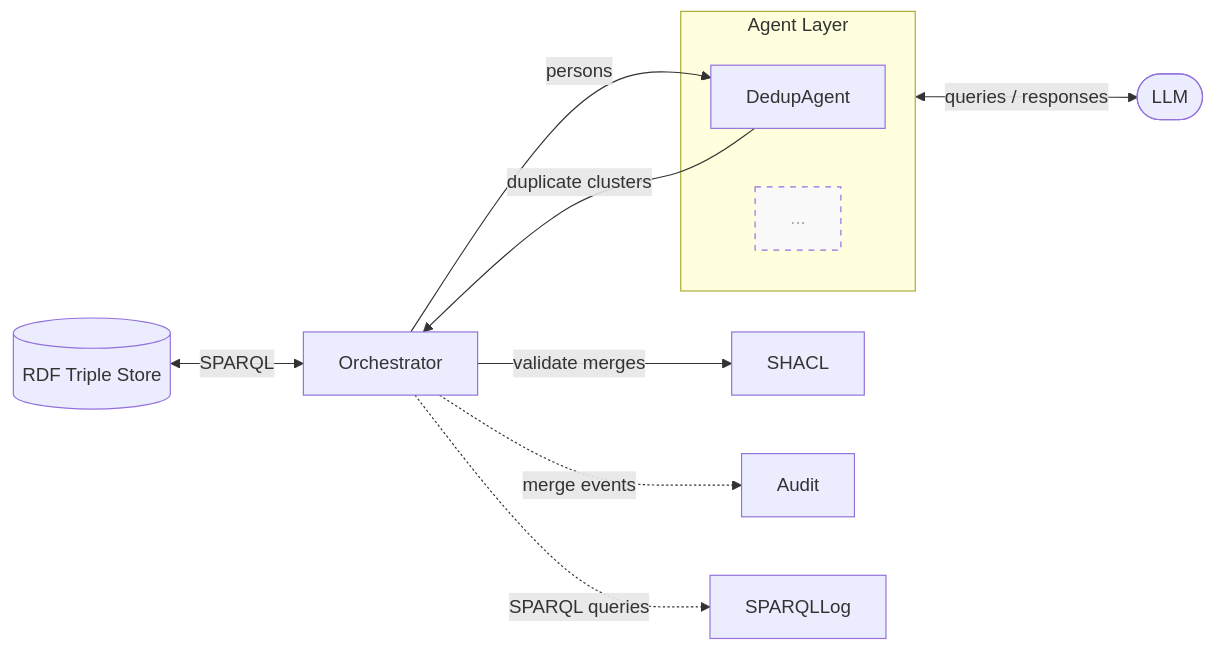
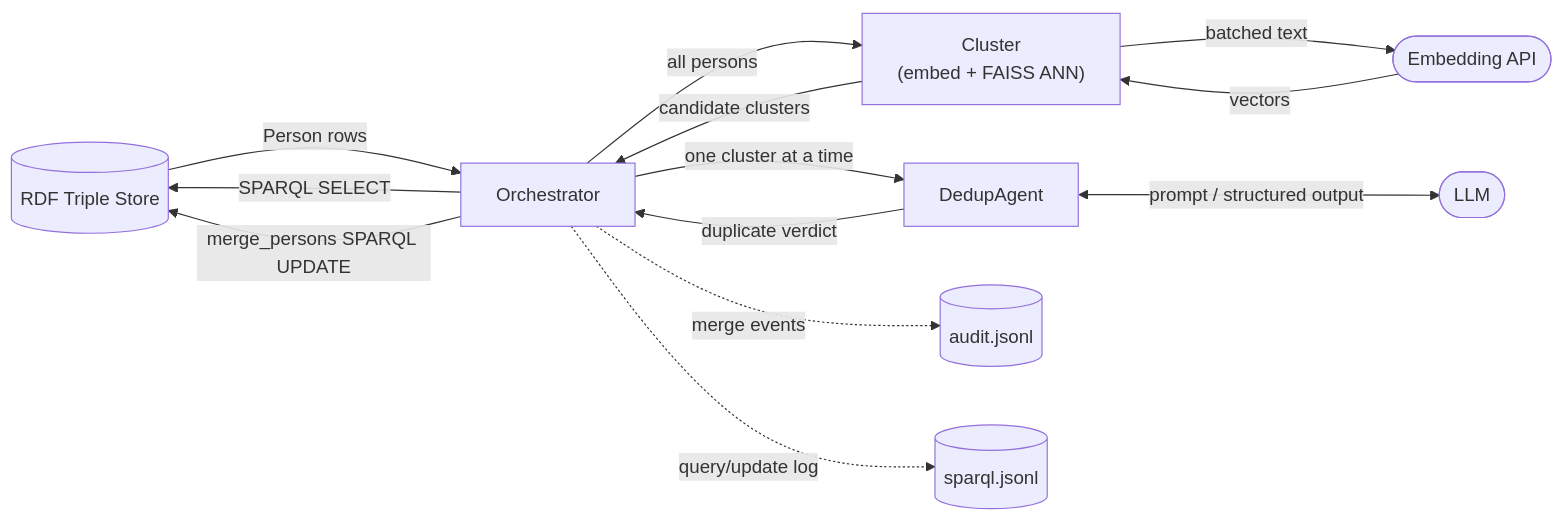
The diagram in README.md (lsgier/kgent), drawn with Mermaid before and after one commit. The commit also changed other lines of this file and 6 other files, not shown here.

````diff
--- a/README.md
+++ b/README.md
@@ -3,20 +3,19 @@
 ```mermaid
 flowchart LR
     TS[(RDF Triple Store)]
+    EMB([Embedding API])
     LLM([LLM])
 
-    subgraph AL["Agent Layer"]
-        DedupAgent
-        Future["..."]
-    end
-
-    style Future stroke-dasharray: 5 5, fill: #f9f9f9, color: #aaa
-
-    TS <-->|SPARQL| Orchestrator
-    Orchestrator -->|persons| DedupAgent
-    AL <-->|queries / responses| LLM
-    DedupAgent -->|duplicate clusters| Orchestrator
-    Orchestrator -->|validate merges| SHACL
-    Orchestrator -.->|merge events| Audit
-    Orchestrator -.->|SPARQL queries| SPARQLLog
+    Orchestrator -->|SPARQL SELECT| TS
+    TS -->|Person rows| Orchestrator
+    Orchestrator -->|all persons| Cluster["Cluster\n(embed + FAISS ANN)"]
+    Cluster -->|batched text| EMB
+    EMB -->|vectors| Cluster
+    Cluster -->|candidate clusters| Orchestrator
+    Orchestrator -->|one cluster at a time| DedupAgent
+    DedupAgent <-->|prompt / structured output| LLM
+    DedupAgent -->|duplicate verdict| Orchestrator
+    Orchestrator -->|merge_persons SPARQL UPDATE| TS
+    Orchestrator -.->|merge events| AuditLog[(audit.jsonl)]
+    Orchestrator -.->|query/update log| SPARQLLog[(sparql.jsonl)]
 ```
````
